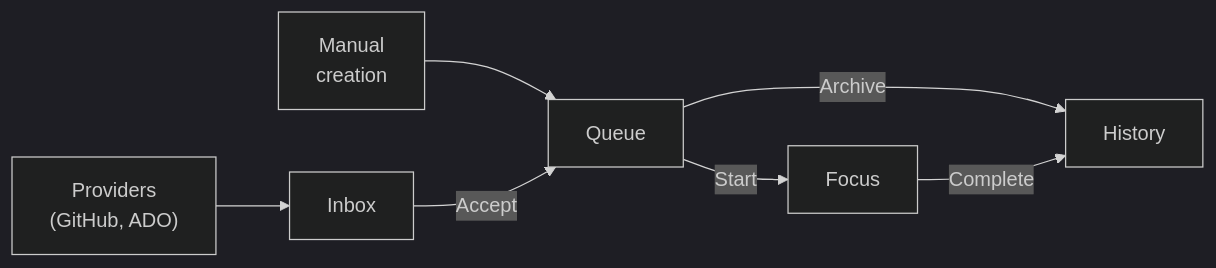
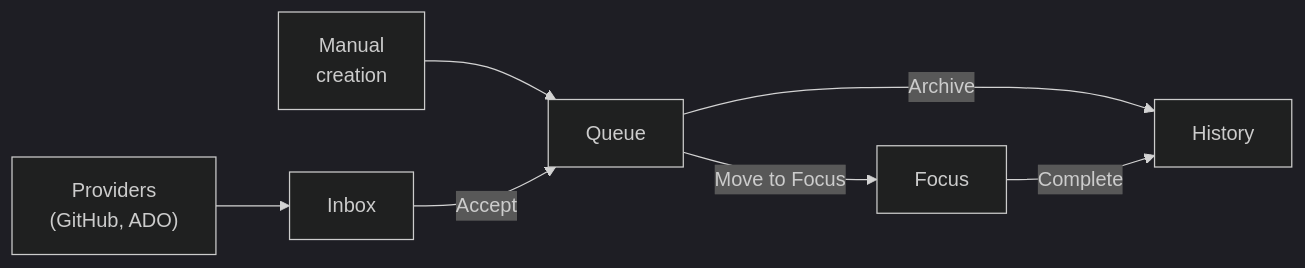
One commit to devdocket/devdocket changed the diagram in README.md. Above: the diagram before and after it, drawn with Mermaid (dark theme). The commit also changed other lines of this file, not shown here.

First line of the commit message:
docs: fix vsce package path and diagram label per Copilot review

````diff
--- a/README.md
+++ b/README.md
@@ -23,9 +23,9 @@
 ```mermaid
 flowchart LR
     P["Providers\n(GitHub, ADO)"] --> Inbox
     M["Manual\ncreation"] --> Queue
     Inbox -- Accept --> Queue
-    Queue -- Start --> Focus
+    Queue -- Move to Focus --> Focus
     Queue -- Archive --> History
     Focus -- Complete --> History
 ```
````
